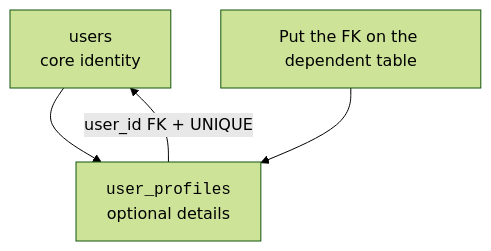
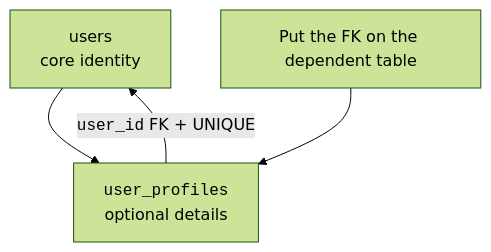
Before and after one commit to dataslope/dataslope: the fourth of 4 diagrams in content/learn/database-design-postgresql/one-to-one.mdx, drawn with Mermaid (forest theme). The commit also changed 46 other files, not shown here.

First line of the commit message:
Wrap code in mermaid edge labels + entity/table names in DB diagrams

````diff
--- a/content/learn/database-design-postgresql/one-to-one.mdx
+++ b/content/learn/database-design-postgresql/one-to-one.mdx
@@ -145,6 +145,6 @@
 ```mermaid
 flowchart TB
     User["users<br/>core identity"] --> Profile["<code>user_profiles</code><br/>optional details"]
-    Profile -->|"user_id FK + UNIQUE"| User
+    Profile -->|"<code>user_id</code> FK + UNIQUE"| User
     Choice["Put the FK on the dependent table"] --> Profile
 ```
````
